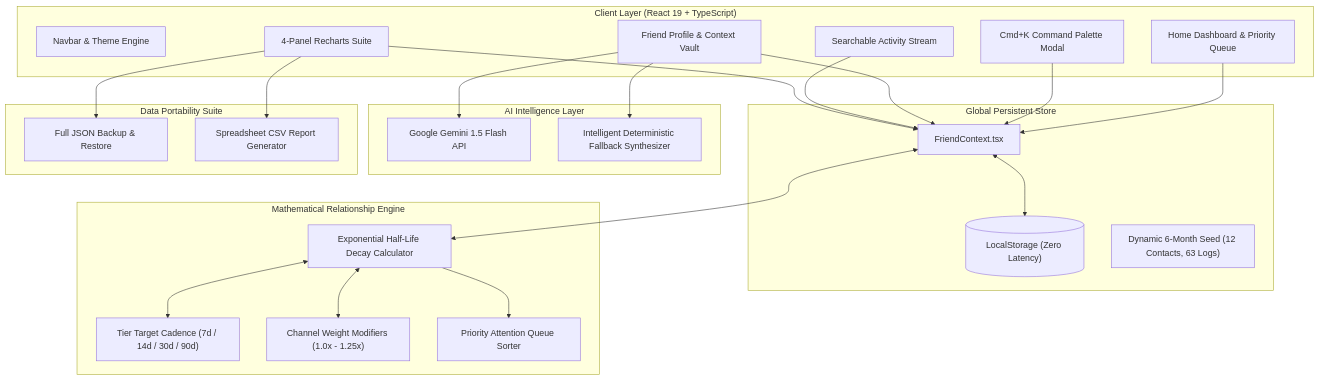
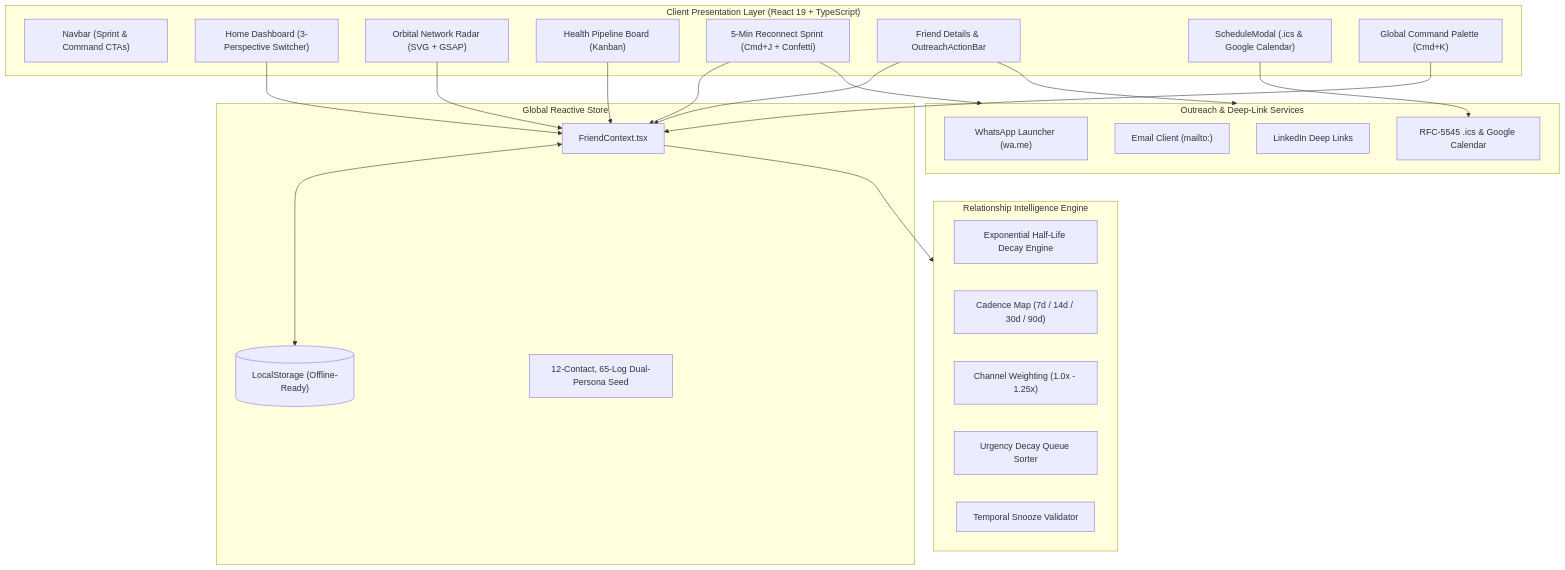
Before and after one commit to Atahar-Shihab/B13-A7-keen-keeper_Atahar-Shihab: the diagram in README.md, drawn with Mermaid. The commit also changed other lines of this file, not shown here.

Commit message:
docs(readme): author flagship architectural specification and quickstart documentation

````diff
--- a/README.md
+++ b/README.md
@@ -62,51 +117,47 @@
 ```mermaid
 flowchart TD
-    subgraph UI ["Client Layer (React 19 + TypeScript)"]
-        Nav["Navbar & Theme Engine"]
-        Home["Home Dashboard & Priority Queue"]
-        Cmd["Cmd+K Command Palette Modal"]
-        Profile["Friend Profile & Context Vault"]
-        Timeline["Searchable Activity Stream"]
-        Stats["4-Panel Recharts Suite"]
+    subgraph UI ["Client Presentation Layer (React 19 + TypeScript)"]
+        Nav["Navbar (Sprint & Command CTAs)"]
+        Home["Home Dashboard (3-Perspective Switcher)"]
+        Radar["Orbital Network Radar (SVG + GSAP)"]
+        Kanban["Health Pipeline Board (Kanban)"]
+        SprintModal["5-Min Reconnect Sprint (Cmd+J + Confetti)"]
+        Profile["Friend Details & OutreachActionBar"]
+        Schedule["ScheduleModal (.ics & Google Calendar)"]
+        CmdPalette["Global Command Palette (Cmd+K)"]
     end
 
-    subgraph Store ["Global Persistent Store"]
+    subgraph Store ["Global Reactive Store"]
         Ctx["FriendContext.tsx"]
-        LocalStore[("LocalStorage (Zero Latency)")]
-        SeedData["Dynamic 6-Month Seed (12 Contacts, 63 Logs)"]
+        LocalStorage[("LocalStorage (Offline-Ready)")]
+        SeedData["12-Contact, 65-Log Dual-Persona Seed"]
     end
 
-    subgraph Engine ["Mathematical Relationship Engine"]
-        Decay["Exponential Half-Life Decay Calculator"]
-        Cadence["Tier Target Cadence (7d / 14d / 30d / 90d)"]
-        Weights["Channel Weight Modifiers (1.0x - 1.25x)"]
-        Ranker["Priority Attention Queue Sorter"]
+    subgraph Engine ["Relationship Intelligence Engine"]
+        Decay["Exponential Half-Life Decay Engine"]
+        Cadence["Cadence Map (7d / 14d / 30d / 90d)"]
+        ChannelWeights["Channel Weighting (1.0x - 1.25x)"]
+        SprintRanker["Urgency Decay Queue Sorter"]
+        Snooze["Temporal Snooze Validator"]
     end
 
-    subgraph AI ["AI Intelligence Layer"]
-        Gemini["Google Gemini 1.5 Flash API"]
-        Synth["Intelligent Deterministic Fallback Synthesizer"]
-    end
-
-    subgraph Portability ["Data Portability Suite"]
-        JsonBackup["Full JSON Backup & Restore"]
-        CsvReport["Spreadsheet CSV Report Generator"]
+    subgraph Integrations ["Outreach & Deep-Link Services"]
+        WhatsApp["WhatsApp Launcher (wa.me)"]
+        Mail["Email Client (mailto:)"]
+        LinkedIn["LinkedIn Deep Links"]
+        CalendarExport["RFC-5545 .ics & Google Calendar"]
     end
 
     Home --> Ctx
-    Cmd --> Ctx
+    Radar --> Ctx
+    Kanban --> Ctx
+    SprintModal --> Ctx
     Profile --> Ctx
-    Timeline --> Ctx
-    Stats --> Ctx
+    CmdPalette --> Ctx
 
-    Ctx <--> LocalStore
-    Ctx <--> Decay
-    Decay <--> Cadence
-    Decay <--> Weights
-    Decay --> Ranker
-
-    Profile --> Gemini
-    Profile --> Synth
-    Stats --> JsonBackup
-    Stats --> CsvReport
+    Ctx <--> LocalStorage
+    Ctx --> Engine
+    SprintModal --> Integrations
+    Profile --> Integrations
+    Schedule --> CalendarExport
 ```
````
